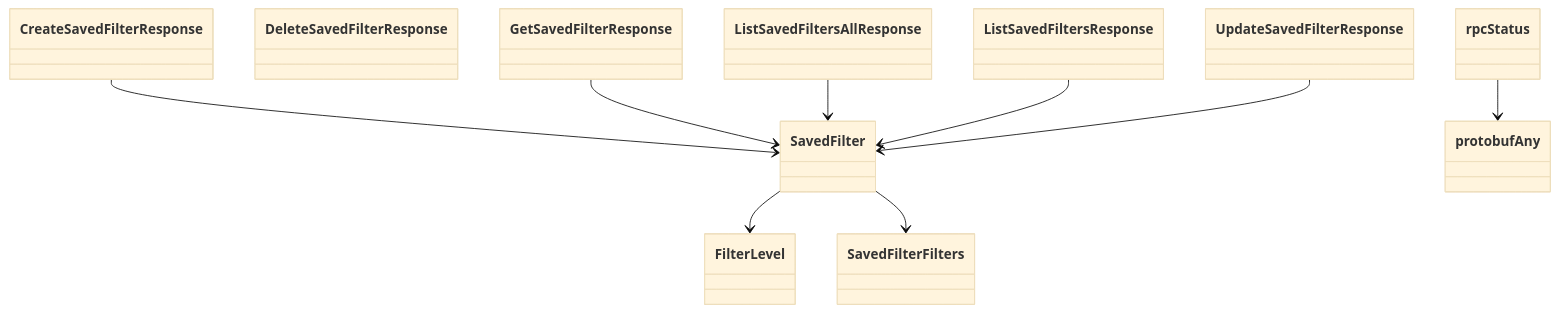
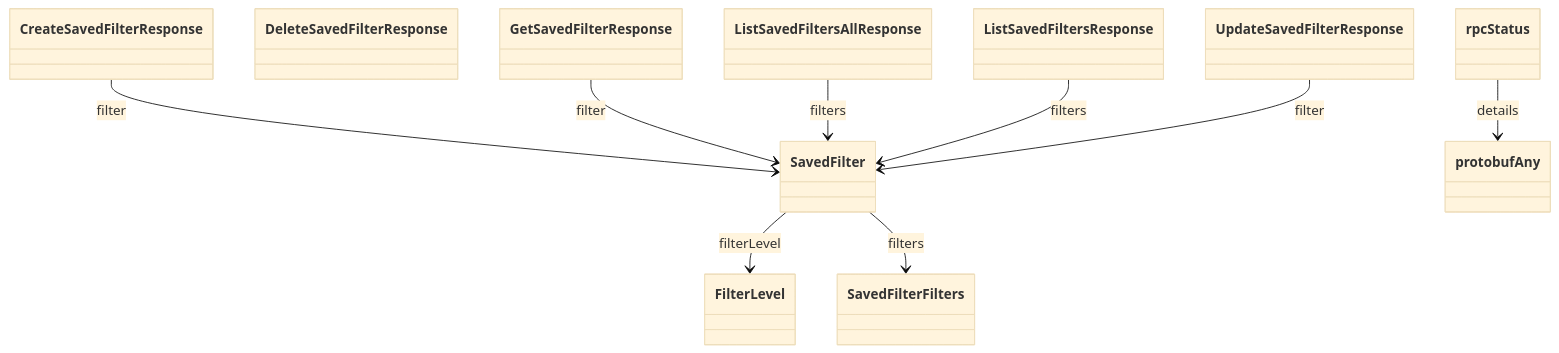
Diagram 14 of 14 in docs/sphinx/services/saved_filter.md (alexdearaujo/community_sdk_python), drawn with Mermaid (base theme) before and after one commit. The commit also changed other lines of this file and 129 other files, not shown here.

````diff
--- a/docs/sphinx/services/saved_filter.md
+++ b/docs/sphinx/services/saved_filter.md
@@ -477,22 +498,22 @@
 ```mermaid
 classDiagram
     class CreateSavedFilterResponse
     class DeleteSavedFilterResponse
     class FilterLevel
     class GetSavedFilterResponse
     class ListSavedFiltersAllResponse
     class ListSavedFiltersResponse
     class SavedFilter
     class SavedFilterFilters
     class UpdateSavedFilterResponse
     class protobufAny
     class rpcStatus
-    CreateSavedFilterResponse --> SavedFilter
-    GetSavedFilterResponse --> SavedFilter
-    ListSavedFiltersAllResponse --> SavedFilter
-    ListSavedFiltersResponse --> SavedFilter
-    SavedFilter --> FilterLevel
-    SavedFilter --> SavedFilterFilters
-    UpdateSavedFilterResponse --> SavedFilter
-    rpcStatus --> protobufAny
+    CreateSavedFilterResponse --> SavedFilter : filter
+    GetSavedFilterResponse --> SavedFilter : filter
+    ListSavedFiltersAllResponse --> SavedFilter : filters
+    ListSavedFiltersResponse --> SavedFilter : filters
+    SavedFilter --> FilterLevel : filterLevel
+    SavedFilter --> SavedFilterFilters : filters
+    UpdateSavedFilterResponse --> SavedFilter : filter
+    rpcStatus --> protobufAny : details
 ```
````
